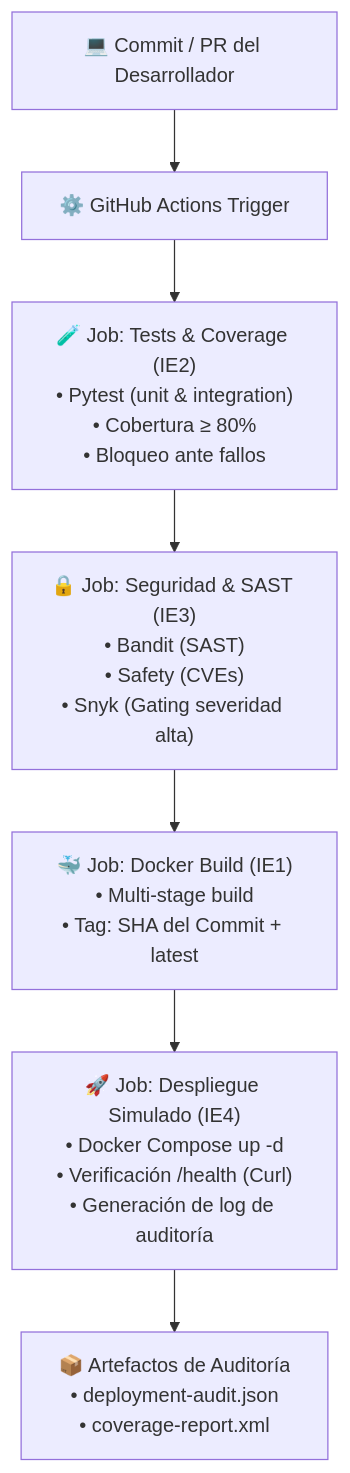
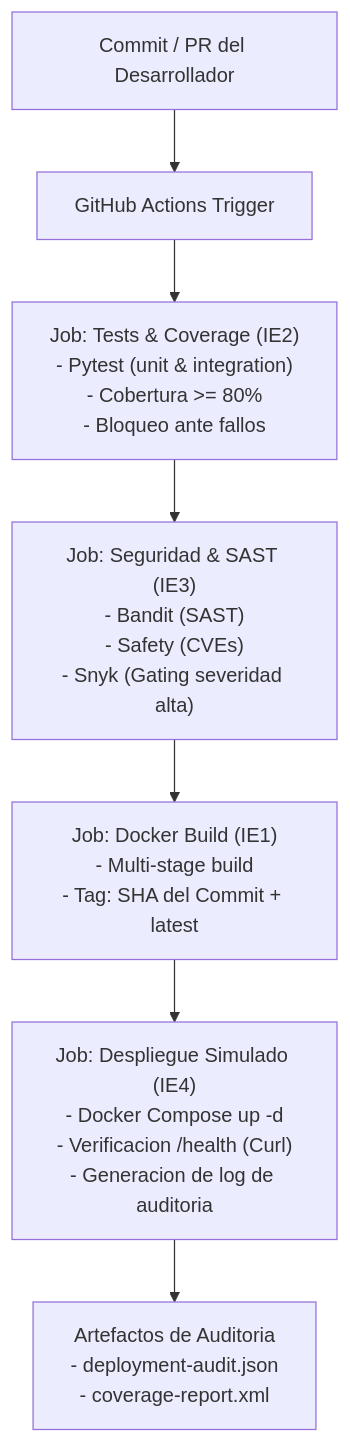
The diagram in README.md (MrSeewa/Evaluaci-n_2_devops), drawn with Mermaid before and after one commit. The commit also changed other lines of this file and 1 other file, not shown here.

````diff
--- a/README.md
+++ b/README.md
@@ -113,9 +114,9 @@
 ```mermaid
 flowchart TD
-    A["💻 Commit / PR del Desarrollador"] --> B["⚙️ GitHub Actions Trigger"]
-    B --> C["🧪 Job: Tests & Coverage (IE2)\n• Pytest (unit & integration)\n• Cobertura ≥ 80%\n• Bloqueo ante fallos"]
-    C --> D["🔒 Job: Seguridad & SAST (IE3)\n• Bandit (SAST)\n• Safety (CVEs)\n• Snyk (Gating severidad alta)"]
-    D --> E["🐳 Job: Docker Build (IE1)\n• Multi-stage build\n• Tag: SHA del Commit + latest"]
-    E --> F["🚀 Job: Despliegue Simulado (IE4)\n• Docker Compose up -d\n• Verificación /health (Curl)\n• Generación de log de auditoría"]
-    F --> G["📦 Artefactos de Auditoría\n• deployment-audit.json\n• coverage-report.xml"]
+    A["Commit / PR del Desarrollador"] --> B["GitHub Actions Trigger"]
+    B --> C["Job: Tests & Coverage (IE2)\n- Pytest (unit & integration)\n- Cobertura >= 80%\n- Bloqueo ante fallos"]
+    C --> D["Job: Seguridad & SAST (IE3)\n- Bandit (SAST)\n- Safety (CVEs)\n- Snyk (Gating severidad alta)"]
+    D --> E["Job: Docker Build (IE1)\n- Multi-stage build\n- Tag: SHA del Commit + latest"]
+    E --> F["Job: Despliegue Simulado (IE4)\n- Docker Compose up -d\n- Verificacion /health (Curl)\n- Generacion de log de auditoria"]
+    F --> G["Artefactos de Auditoria\n- deployment-audit.json\n- coverage-report.xml"]
 ```
````
